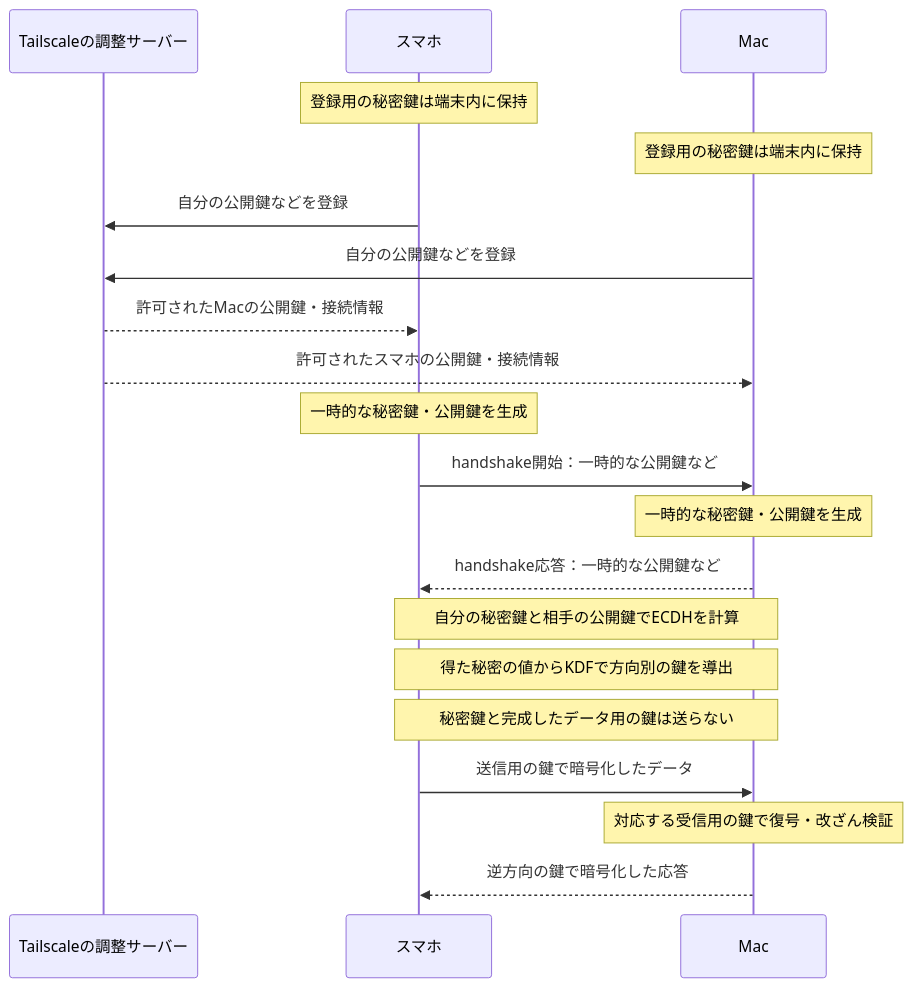
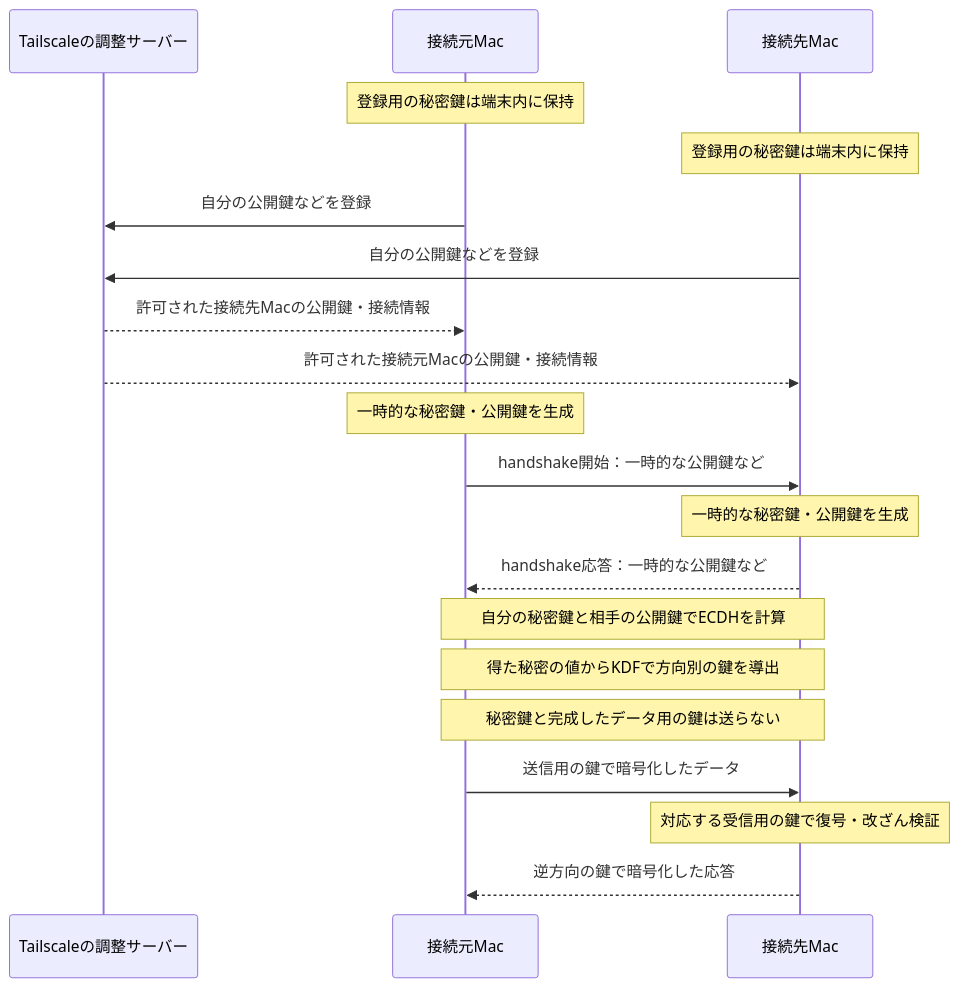
Before and after one commit to susumutomita/zenn-article: the third of 6 diagrams in articles/tailscale-mulmoterminal-network.md, drawn with Mermaid. The commit also changed other lines of this file, not shown here.

````diff
--- a/articles/tailscale-mulmoterminal-network.md
+++ b/articles/tailscale-mulmoterminal-network.md
@@ -195,22 +201,22 @@
 ```mermaid
 sequenceDiagram
   participant S as Tailscaleの調整サーバー
-  participant P as スマホ
-  participant M as Mac
+  participant P as 接続元Mac
+  participant M as 接続先Mac
   Note over P: 登録用の秘密鍵は端末内に保持
   Note over M: 登録用の秘密鍵は端末内に保持
   P->>S: 自分の公開鍵などを登録
   M->>S: 自分の公開鍵などを登録
-  S-->>P: 許可されたMacの公開鍵・接続情報
-  S-->>M: 許可されたスマホの公開鍵・接続情報
+  S-->>P: 許可された接続先Macの公開鍵・接続情報
+  S-->>M: 許可された接続元Macの公開鍵・接続情報
   Note over P: 一時的な秘密鍵・公開鍵を生成
   P->>M: handshake開始：一時的な公開鍵など
   Note over M: 一時的な秘密鍵・公開鍵を生成
   M-->>P: handshake応答：一時的な公開鍵など
   Note over P,M: 自分の秘密鍵と相手の公開鍵でECDHを計算
   Note over P,M: 得た秘密の値からKDFで方向別の鍵を導出
   Note over P,M: 秘密鍵と完成したデータ用の鍵は送らない
   P->>M: 送信用の鍵で暗号化したデータ
   Note over M: 対応する受信用の鍵で復号・改ざん検証
   M-->>P: 逆方向の鍵で暗号化した応答
 ```
````
